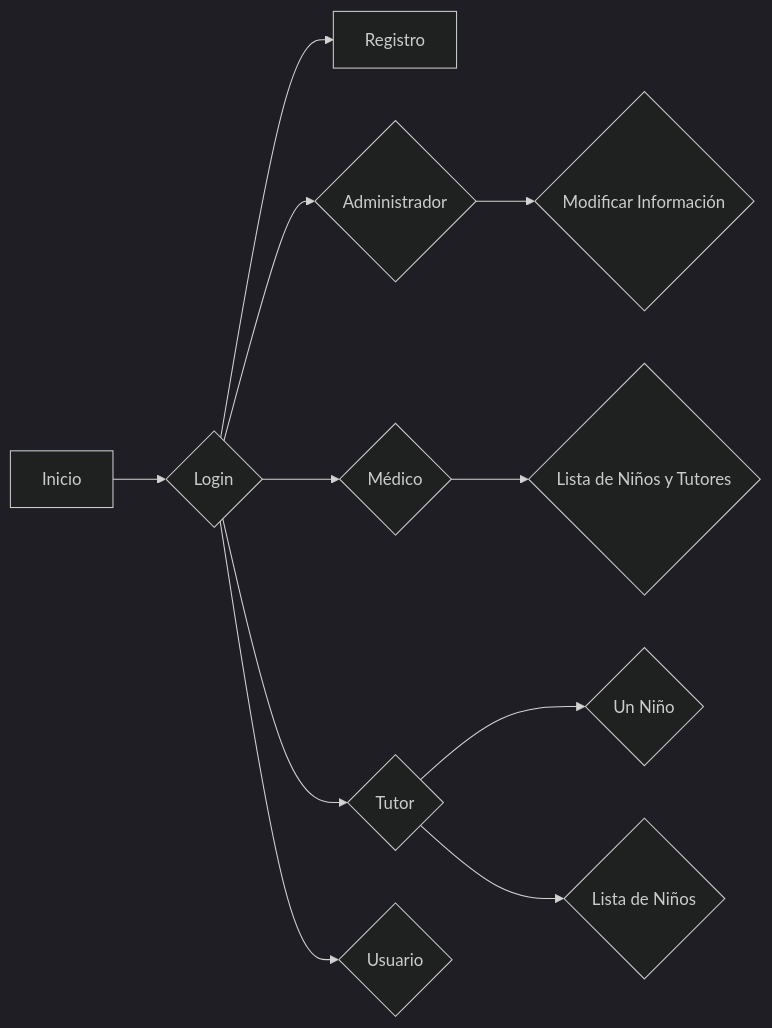
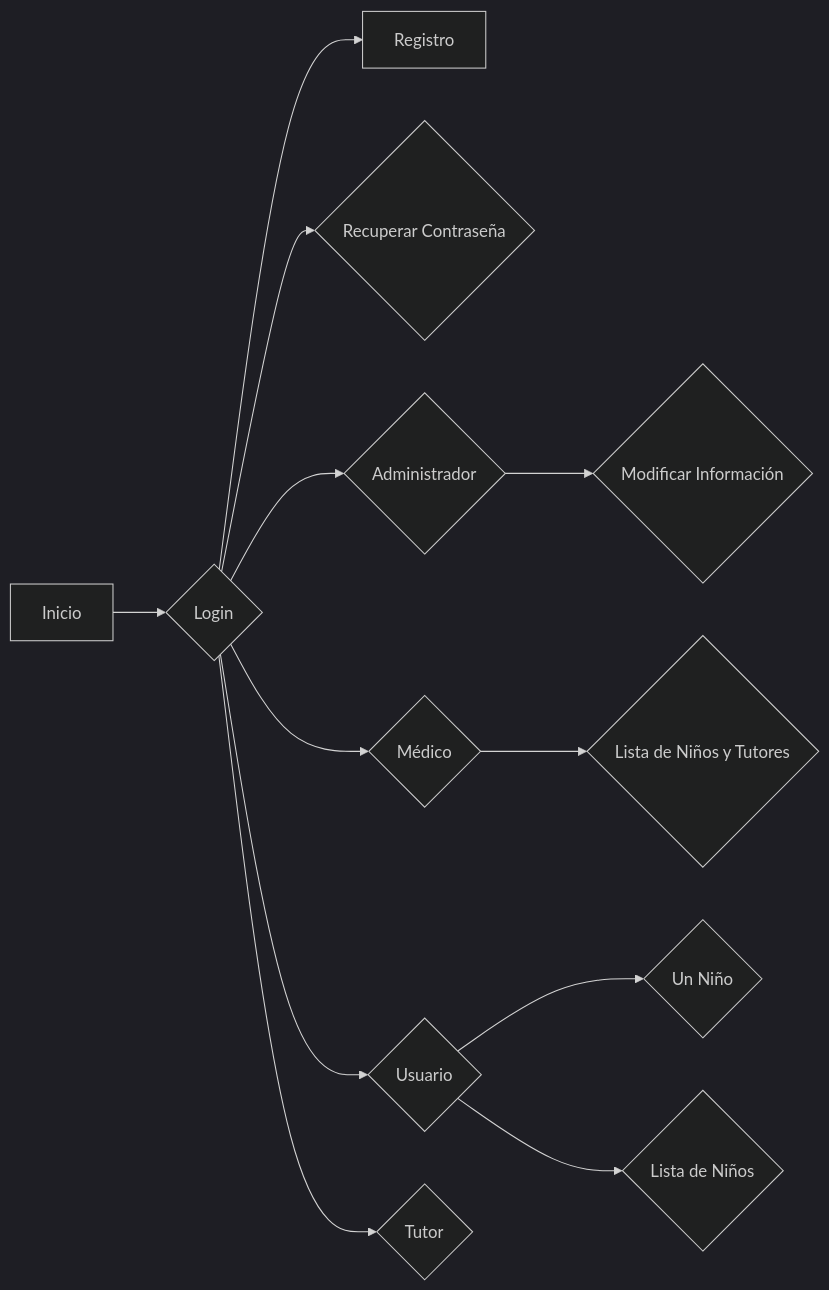
One commit to mactiburon/tapatapp changed the diagram in Diagramavista.mermaid. Above: the diagram before and after it, drawn with Mermaid (dark theme).

Commit message:
Diagramavista.mermaid

```diff
--- a/Diagramavista.mermaid
+++ b/Diagramavista.mermaid
@@ -1,11 +1,12 @@
 graph LR
     A[Inicio] --> B{Login}
     B --> C[Registro]
+    B --> D{Recuperar Contraseña}
     B --> E{Administrador}
     B --> F{Médico}
-    B --> G{Tutor}
-    B --> H{Usuario}
+    B --> G{Usuario}
+    B --> H{Tutor}
     G --> I{Un Niño}
     G --> J{Lista de Niños}
     F --> K{Lista de Niños y Tutores}
     E --> L{Modificar Información}
```
